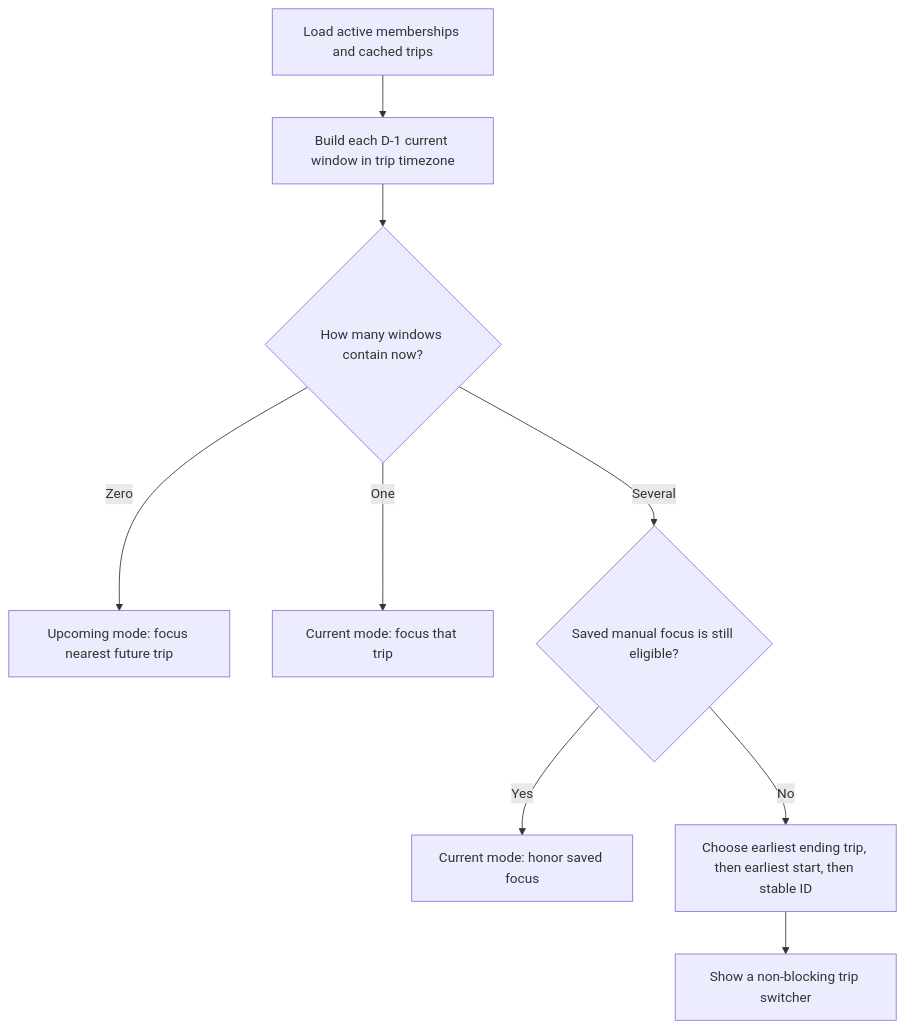
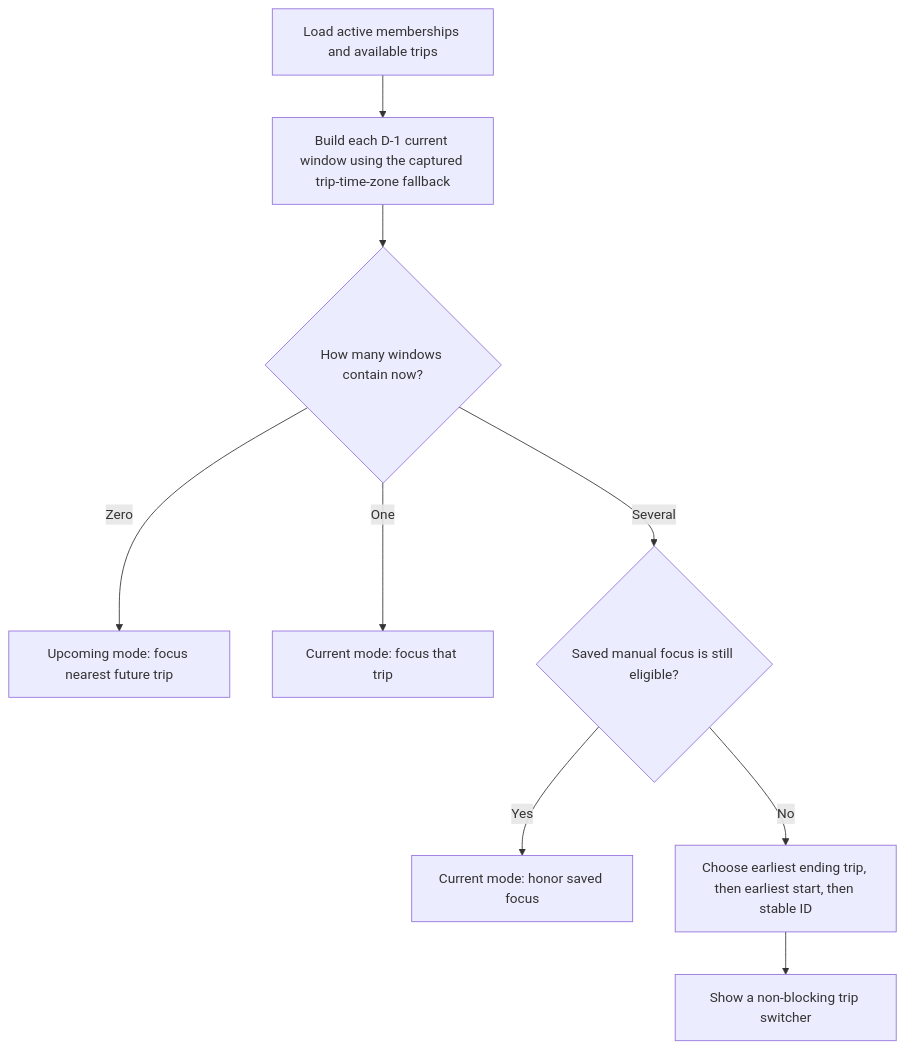
Before and after one commit to shantanu1258/trip-vault: the ninth of 13 diagrams in docs/LOW_LEVEL_DESIGN.md, drawn with Mermaid. The commit also changed other lines of this file and 9 other files, not shown here.

````diff
--- a/docs/LOW_LEVEL_DESIGN.md
+++ b/docs/LOW_LEVEL_DESIGN.md
@@ -1294,11 +1343,11 @@
 ```mermaid
 flowchart TD
-    A[Load active memberships and cached trips] --> B[Build each D-1 current window in trip timezone]
+    A[Load active memberships and available trips] --> B[Build each D-1 current window using the captured trip-time-zone fallback]
     B --> C{How many windows contain now?}
     C -- Zero --> U[Upcoming mode: focus nearest future trip]
     C -- One --> O[Current mode: focus that trip]
     C -- Several --> F{Saved manual focus is still eligible?}
     F -- Yes --> M[Current mode: honor saved focus]
     F -- No --> D[Choose earliest ending trip, then earliest start, then stable ID]
     D --> P[Show a non-blocking trip switcher]
 ```
````
